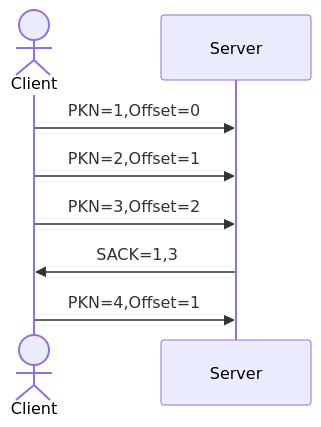
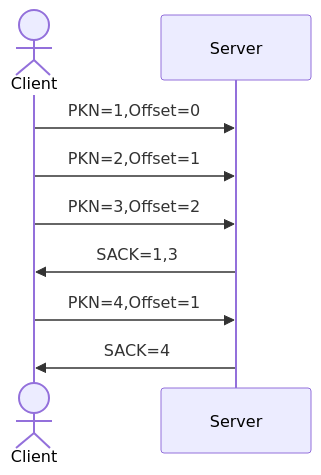
Diagram 11 of 14 in lib/底层网络知识之应用层/HTTP/HTTP 3.0.md (kyriejoshua/network-protocol-notes), drawn with Mermaid before and after one commit. The commit also changed other lines of this file and 1 other file, not shown here.

````diff
--- a/lib/底层网络知识之应用层/HTTP/HTTP 3.0.md
+++ b/lib/底层网络知识之应用层/HTTP/HTTP 3.0.md
@@ -273,9 +276,10 @@
 ```mermaid
 sequenceDiagram
 actor Client
 Client ->> Server: PKN=1,Offset=0
 Client ->> Server: PKN=2,Offset=1
 Client ->> Server: PKN=3,Offset=2
 Server ->> Client: SACK=1,3
 Client ->> Server: PKN=4,Offset=1
+Server ->> Client: SACK=4
 ```
````
